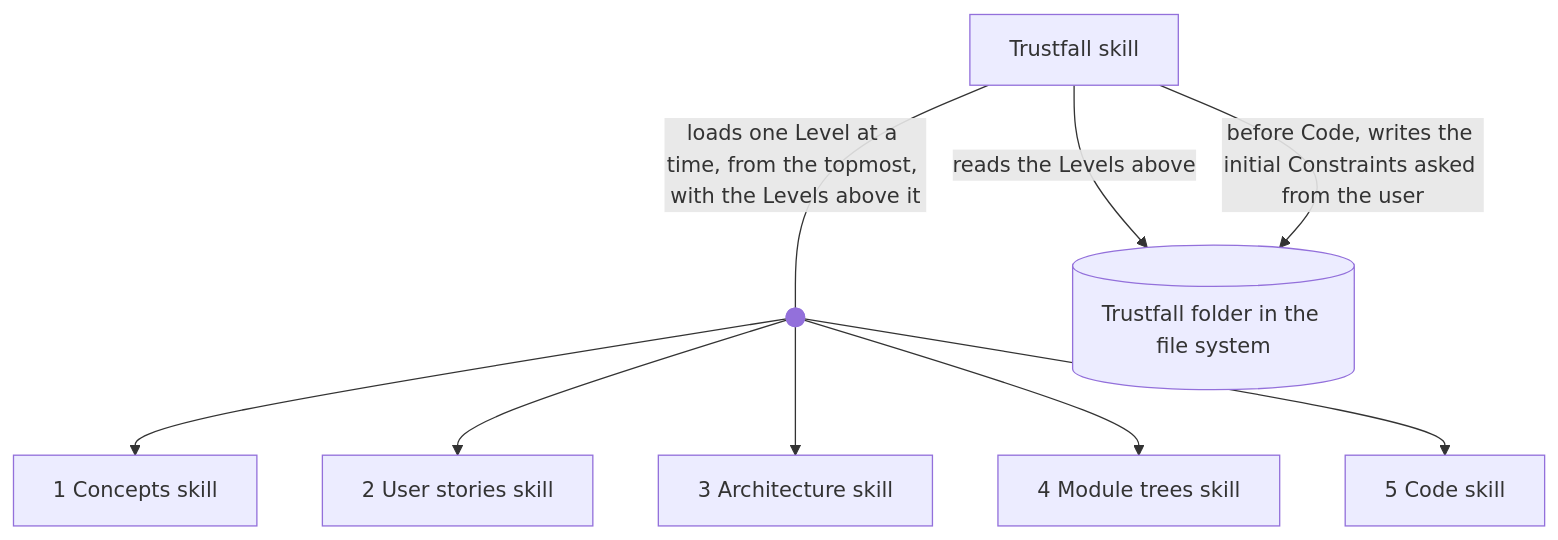
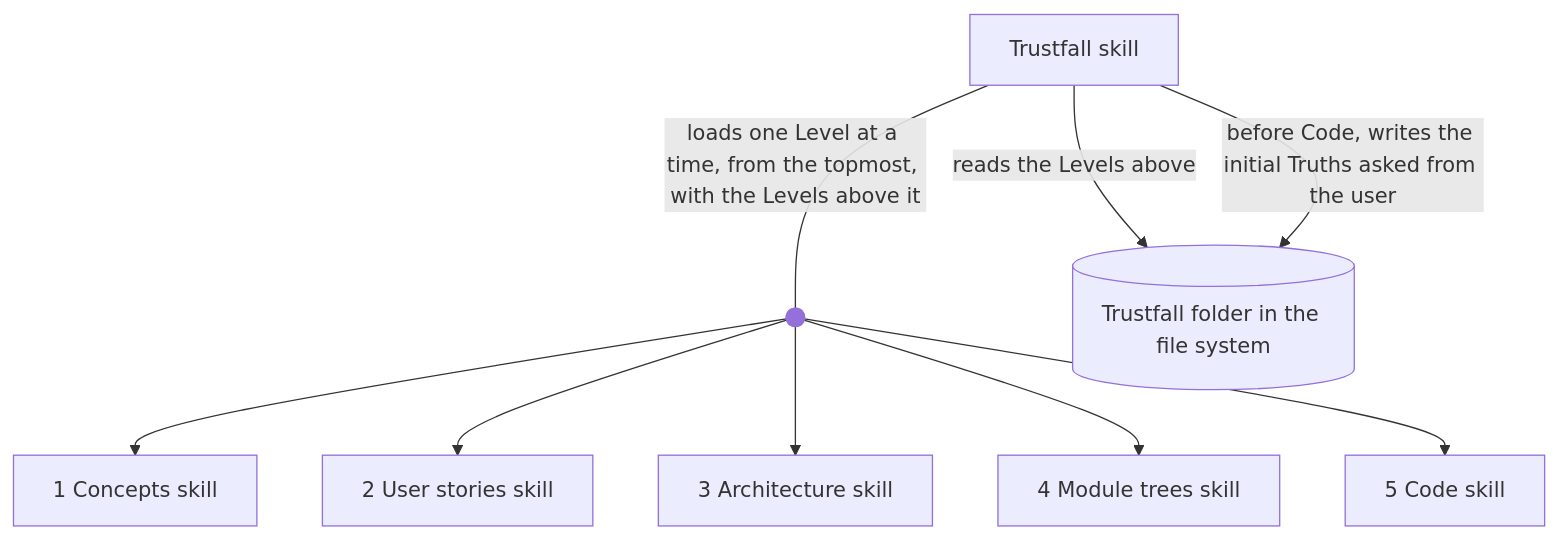
One commit to jehna/trustfall changed the first of 3 diagrams in trustfall/3-architecture.md. Above: the diagram before and after it, drawn with Mermaid. The commit also changed other lines of this file and 9 other files, not shown here.

````diff
--- a/trustfall/3-architecture.md
+++ b/trustfall/3-architecture.md
@@ -5,15 +5,15 @@
 ```mermaid
 flowchart TD
   trustfall[Trustfall skill]
   load@{ shape: f-circ }
   concepts[1 Concepts skill]
   stories[2 User stories skill]
   architecture[3 Architecture skill]
   modules[4 Module trees skill]
   code[5 Code skill]
   levels[(Trustfall folder in the file system)]
   trustfall -- loads one Level at a time, from the topmost, with the Levels above it --- load
   load --> concepts & stories & architecture & modules & code
   trustfall -- reads the Levels above --> levels
-  trustfall -- before Code, writes the initial Constraints asked from the user --> levels
+  trustfall -- before Code, writes the initial Truths asked from the user --> levels
 ```
````
